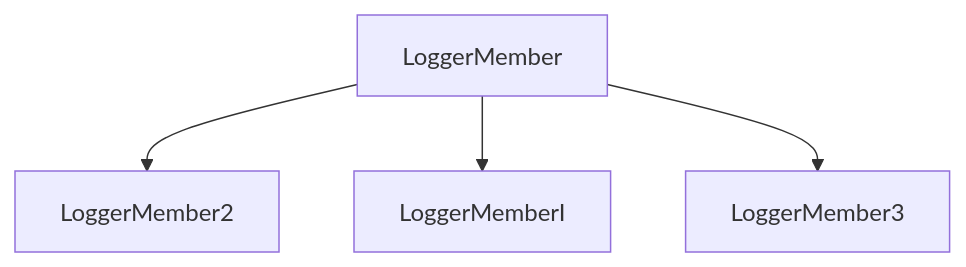
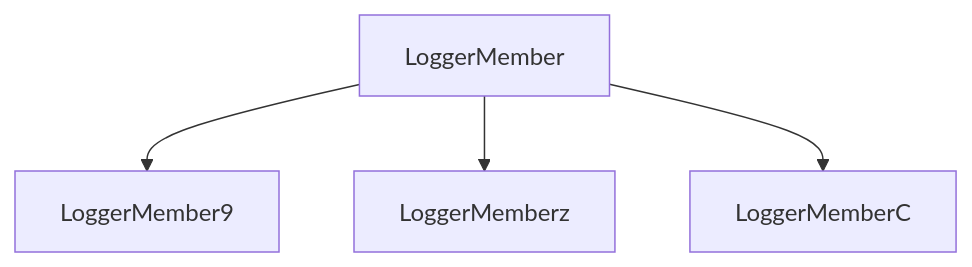
The diagram in mermaid.md (ellementul/uee-core), drawn with Mermaid before and after one commit. The commit also changed 3 other files, not shown here.

````diff
--- a/mermaid.md
+++ b/mermaid.md
@@ -1,11 +1,11 @@
 ```mermaid
  flowchart TD
-    JEKGSHBjRe9nsEwnXCaotXfWyQqiPHd12FwS1XLF[LoggerMember]
-    2cj16gwMon1UftQJlr7JJzXNx3bqwUiqjCQvrWDA[LoggerMember2]
-    IlI0D2Fae3bJWoN2cgXre0sz6l5bZ1BMORDnqkSP[LoggerMemberI]
-    3ZfA7cQ5xJUW3LbQStOE2QkLIiirbEmHwk9Q8Zo[LoggerMember3]
+    k0tnlvzTl4zrsarFArjJL9CABTi8eaKr8pSVVQs8[LoggerMember]
+    9NhQKfv99BkuK[LoggerMember9]
+    zygpYZTXjiPwim9fqagqTKRxSqRmUekIdIHLnS6[LoggerMemberz]
+    CaTyapqFpalYHt0AMYsihCsgOfBp1zeYCPQpx8rG[LoggerMemberC]
 
-    JEKGSHBjRe9nsEwnXCaotXfWyQqiPHd12FwS1XLF --> 2cj16gwMon1UftQJlr7JJzXNx3bqwUiqjCQvrWDA
-    JEKGSHBjRe9nsEwnXCaotXfWyQqiPHd12FwS1XLF --> IlI0D2Fae3bJWoN2cgXre0sz6l5bZ1BMORDnqkSP
-    JEKGSHBjRe9nsEwnXCaotXfWyQqiPHd12FwS1XLF --> 3ZfA7cQ5xJUW3LbQStOE2QkLIiirbEmHwk9Q8Zo
+    k0tnlvzTl4zrsarFArjJL9CABTi8eaKr8pSVVQs8 --> 9NhQKfv99BkuK
+    k0tnlvzTl4zrsarFArjJL9CABTi8eaKr8pSVVQs8 --> zygpYZTXjiPwim9fqagqTKRxSqRmUekIdIHLnS6
+    k0tnlvzTl4zrsarFArjJL9CABTi8eaKr8pSVVQs8 --> CaTyapqFpalYHt0AMYsihCsgOfBp1zeYCPQpx8rG
 ```
````
